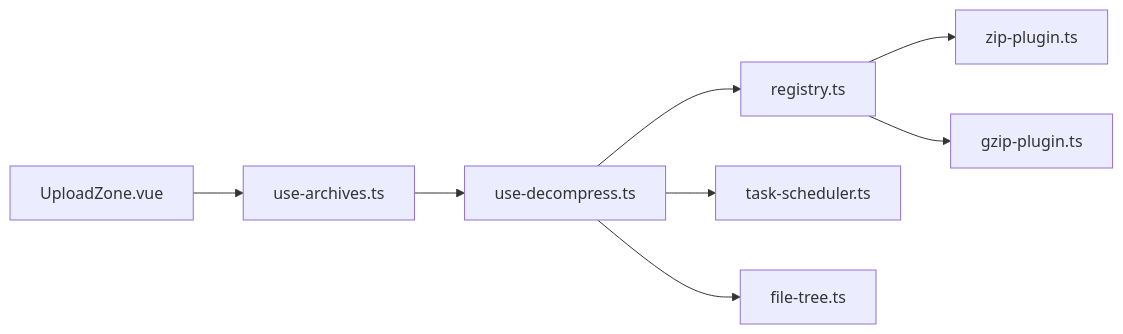
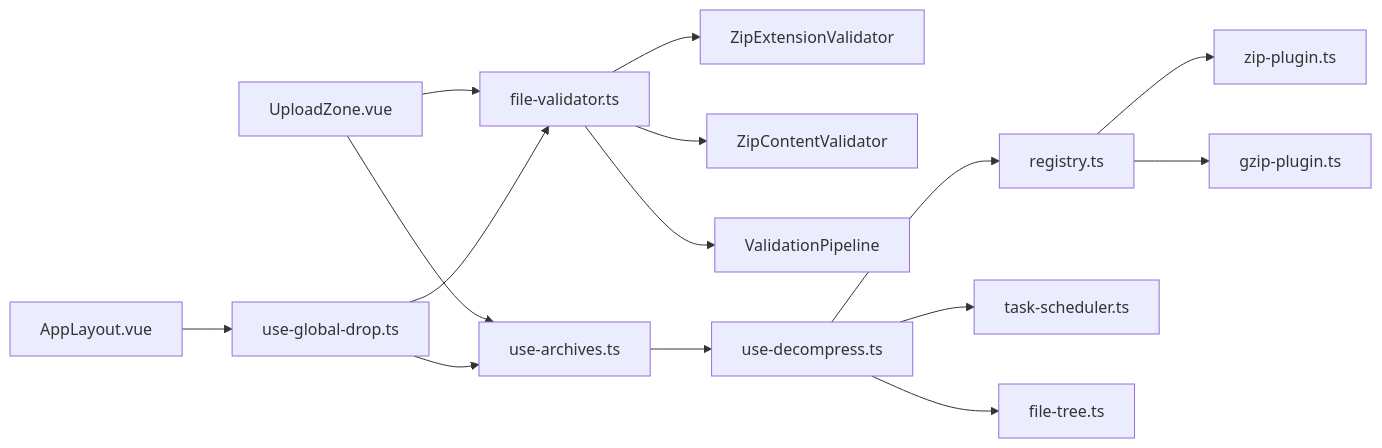
The fourth of 4 diagrams in .qoder/repowiki/zh/content/架构设计/组件层次结构/档案面板组件/UploadZone 上传区域组件.md (taoweidong/Hello-Tauri), drawn with Mermaid before and after one commit. The commit also changed other lines of this file and 72 other files, not shown here.

````diff
--- a/.qoder/repowiki/zh/content/架构设计/组件层次结构/档案面板组件/UploadZone 上传区域组件.md
+++ b/.qoder/repowiki/zh/content/架构设计/组件层次结构/档案面板组件/UploadZone 上传区域组件.md
@@ -227,10 +373,17 @@
 ```mermaid
 graph LR
 UZ["UploadZone.vue"] --> UM["use-archives.ts"]
+UZ --> FV["file-validator.ts"]
+UGD["use-global-drop.ts"] --> UM
+UGD --> FV
+AL["AppLayout.vue"] --> UGD
+FV --> ZEV["ZipExtensionValidator"]
+FV --> ZCV["ZipContentValidator"]
+FV --> VP["ValidationPipeline"]
 UM --> UD["use-decompress.ts"]
 UD --> REG["registry.ts"]
 REG --> ZP["zip-plugin.ts"]
 REG --> GP["gzip-plugin.ts"]
 UD --> TS["task-scheduler.ts"]
 UD --> FT["file-tree.ts"]
 ```
````
